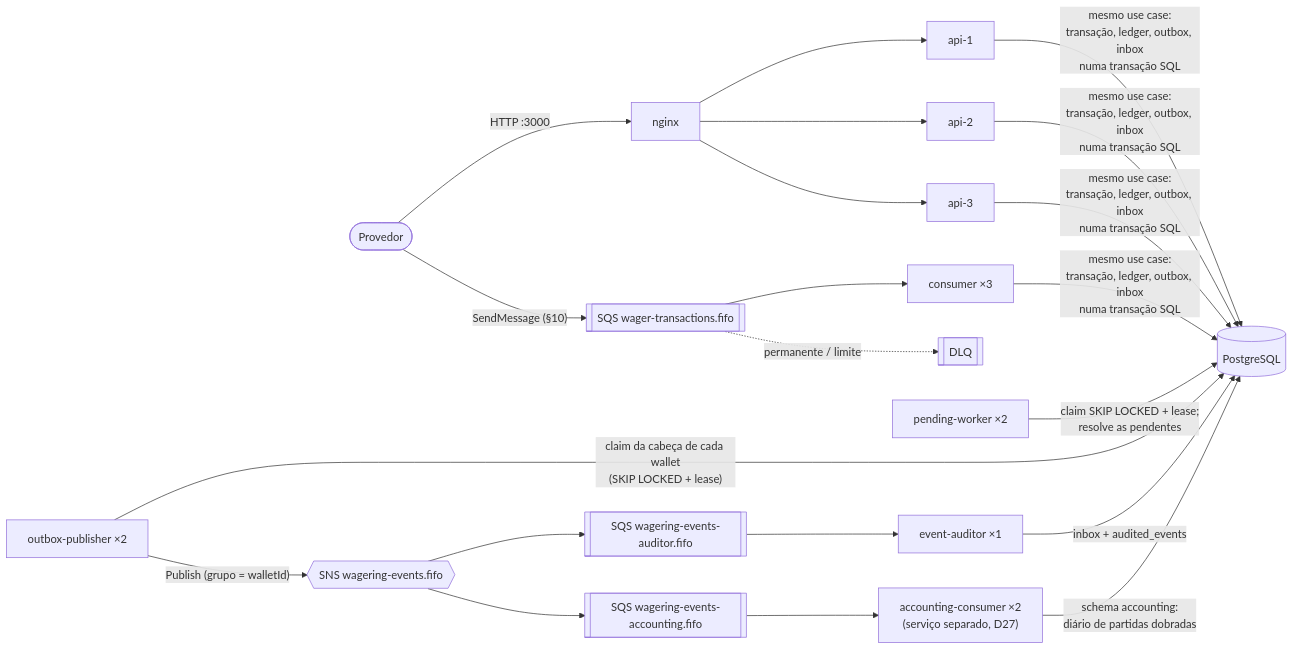
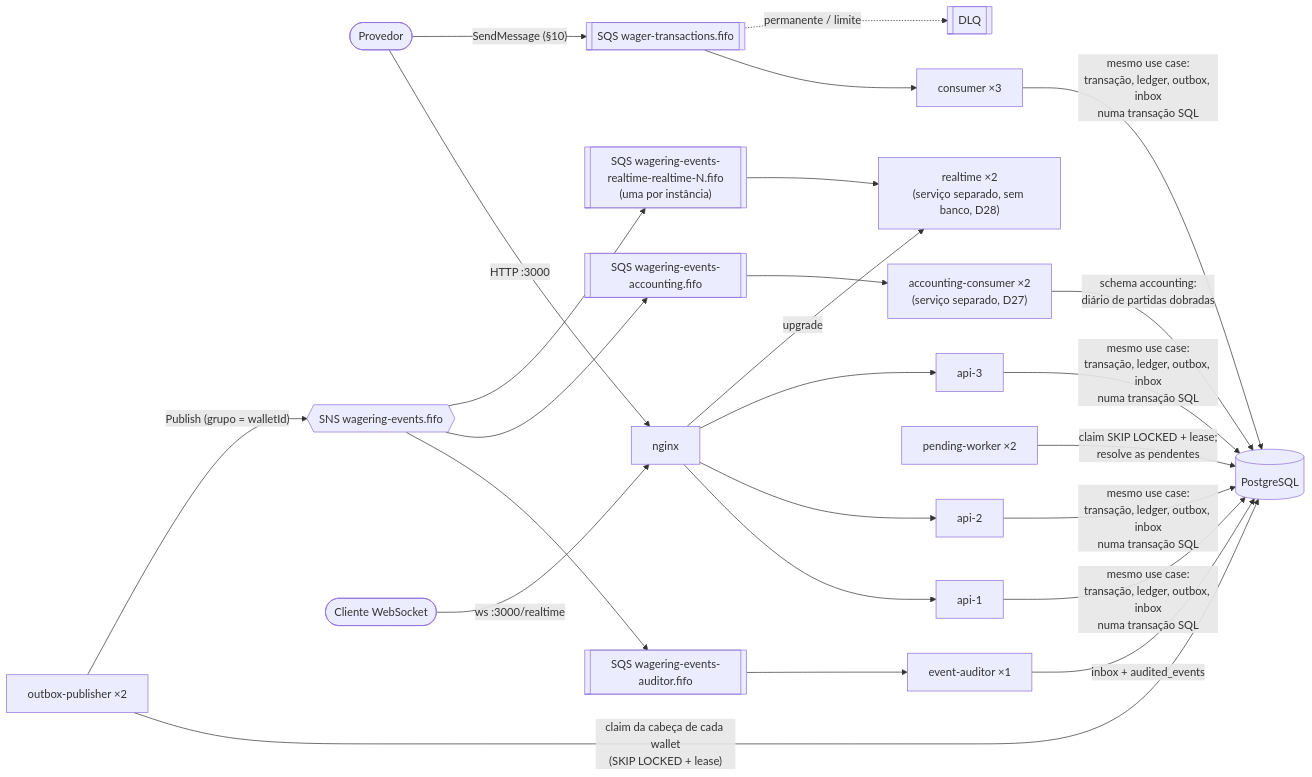
The diagram in README.md (basedCaesar/distributed-wagering-processor), drawn with Mermaid before and after one commit. The commit also changed other lines of this file and 58 other files, not shown here.

Commit message:
feat(realtime): WebSocket [S15 D28]

````diff
--- a/README.md
+++ b/README.md
@@ -247,18 +256,22 @@
 ```mermaid
 flowchart LR
     provider([Provedor]) -- "HTTP :3000" --> nginx
     provider -- "SendMessage (§10)" --> q[["SQS wager-transactions.fifo"]]
     nginx --> api1[api-1] & api2[api-2] & api3[api-3]
     q --> consumer["consumer ×3"]
     q -. "permanente / limite" .-> dlq[["DLQ"]]
     api1 & api2 & api3 & consumer -- "mesmo use case:<br/>transação, ledger, outbox, inbox<br/>numa transação SQL" --> pg[(PostgreSQL)]
     worker["pending-worker ×2"] -- "claim SKIP LOCKED + lease;<br/>resolve as pendentes" --> pg
     publisher["outbox-publisher ×2"] -- "claim da cabeça de cada wallet<br/>(SKIP LOCKED + lease)" --> pg
     publisher -- "Publish (grupo = walletId)" --> sns{{"SNS wagering-events.fifo"}}
     sns --> aq[["SQS wagering-events-auditor.fifo"]]
     aq --> auditor["event-auditor ×1"]
     auditor -- "inbox + audited_events" --> pg
     sns --> accq[["SQS wagering-events-accounting.fifo"]]
     accq --> accounting["accounting-consumer ×2<br/>(serviço separado, D27)"]
     accounting -- "schema accounting:<br/>diário de partidas dobradas" --> pg
+    sns --> rtq[["SQS wagering-events-realtime-realtime-N.fifo<br/>(uma por instância)"]]
+    rtq --> realtime["realtime ×2<br/>(serviço separado, sem banco, D28)"]
+    client([Cliente WebSocket]) -- "ws :3000/realtime" --> nginx
+    nginx -- "upgrade" --> realtime
 ```
````
